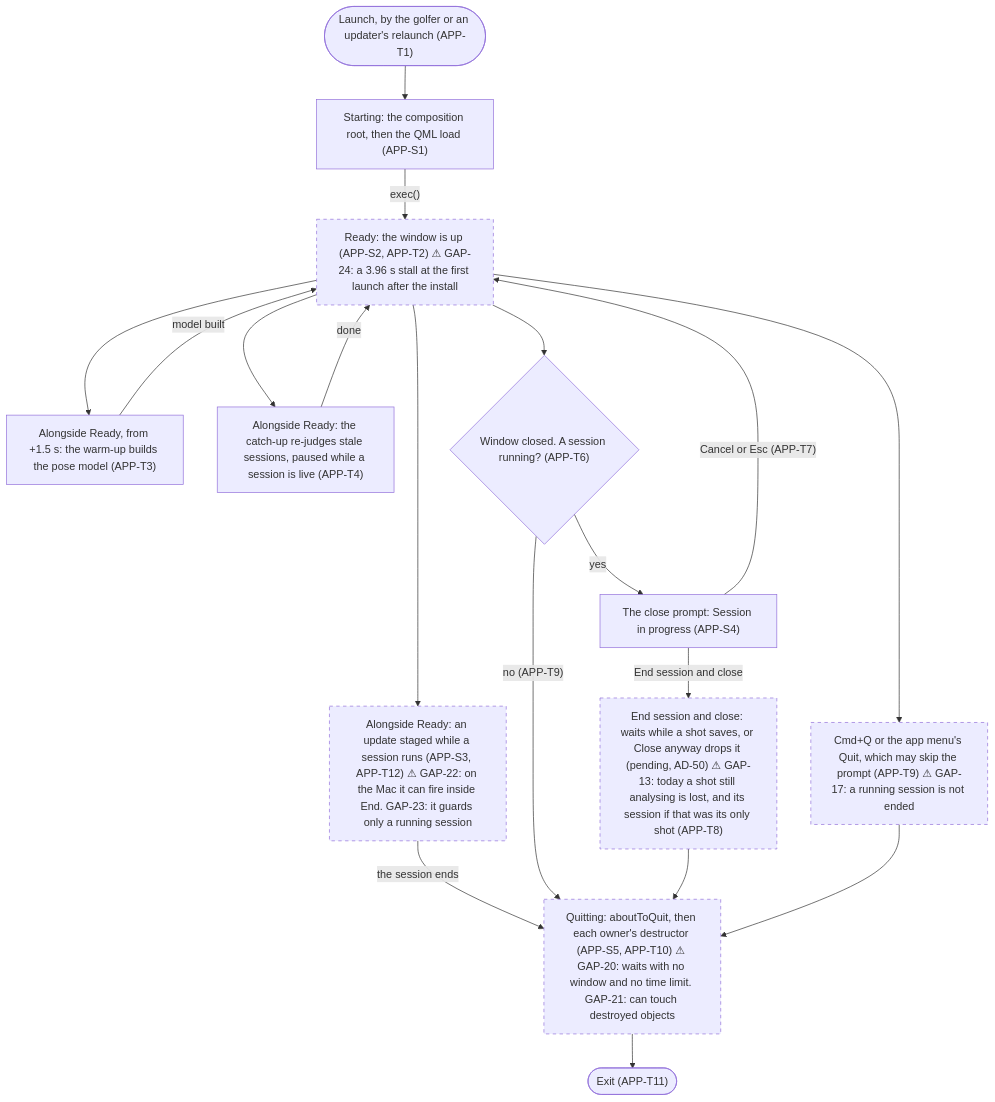
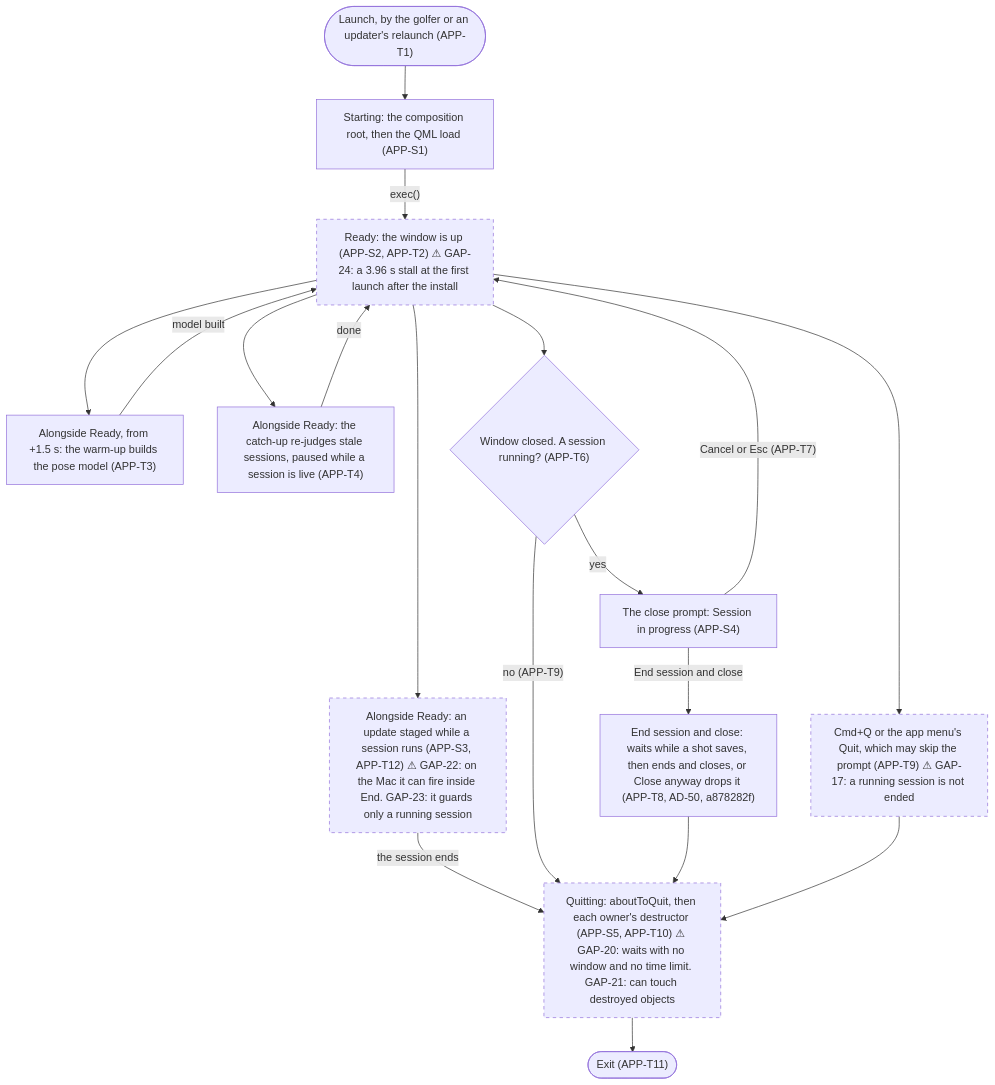
The second of 8 diagrams in governance/artefacts/lifecycle_model.md (PinPoint-Golf/PinPointStudio), drawn with Mermaid before and after one commit. The commit also changed other lines of this file and 1 other file, not shown here.

First line of the commit message:
Governance: the lifecycle model records the End and quit waits and the start paths that landed today

````diff
--- a/governance/artefacts/lifecycle_model.md
+++ b/governance/artefacts/lifecycle_model.md
@@ -106,33 +106,33 @@
 ```mermaid
 flowchart TD
     classDef gap stroke-dasharray:5 5
     launch(["Launch, by the golfer or an updater's relaunch (APP-T1)"])
     starting["Starting: the composition root, then the QML load (APP-S1)"]
     ready["Ready: the window is up (APP-S2, APP-T2) ⚠ GAP-24: a 3.96 s stall at the first launch after the install"]:::gap
     warm["Alongside Ready, from +1.5 s: the warm-up builds the pose model (APP-T3)"]
     catchup["Alongside Ready: the catch-up re-judges stale sessions, paused while a session is live (APP-T4)"]
     staged["Alongside Ready: an update staged while a session runs (APP-S3, APP-T12) ⚠ GAP-22: on the Mac it can fire inside End. GAP-23: it guards only a running session"]:::gap
     closeq{"Window closed. A session running? (APP-T6)"}
     prompt["The close prompt: Session in progress (APP-S4)"]
-    wait["End session and close: waits while a shot saves, or Close anyway drops it (pending, AD-50) ⚠ GAP-13: today a shot still analysing is lost, and its session if that was its only shot (APP-T8)"]:::gap
+    wait["End session and close: waits while a shot saves, then ends and closes, or Close anyway drops it (APP-T8, AD-50, a878282f)"]
     cmdq["Cmd+Q or the app menu's Quit, which may skip the prompt (APP-T9) ⚠ GAP-17: a running session is not ended"]:::gap
     quitting["Quitting: aboutToQuit, then each owner's destructor (APP-S5, APP-T10) ⚠ GAP-20: waits with no window and no time limit. GAP-21: can touch destroyed objects"]:::gap
     exit(["Exit (APP-T11)"])
     launch --> starting
     starting -->|"exec()"| ready
     ready --> warm
     warm -->|"model built"| ready
     ready --> catchup
     catchup -->|"done"| ready
     ready --> staged
     staged -->|"the session ends"| quitting
     ready --> closeq
     closeq -->|"no (APP-T9)"| quitting
     closeq -->|"yes"| prompt
     prompt -->|"Cancel or Esc (APP-T7)"| ready
     prompt -->|"End session and close"| wait
     wait --> quitting
     ready --> cmdq
     cmdq --> quitting
     quitting --> exit
 ```
````
